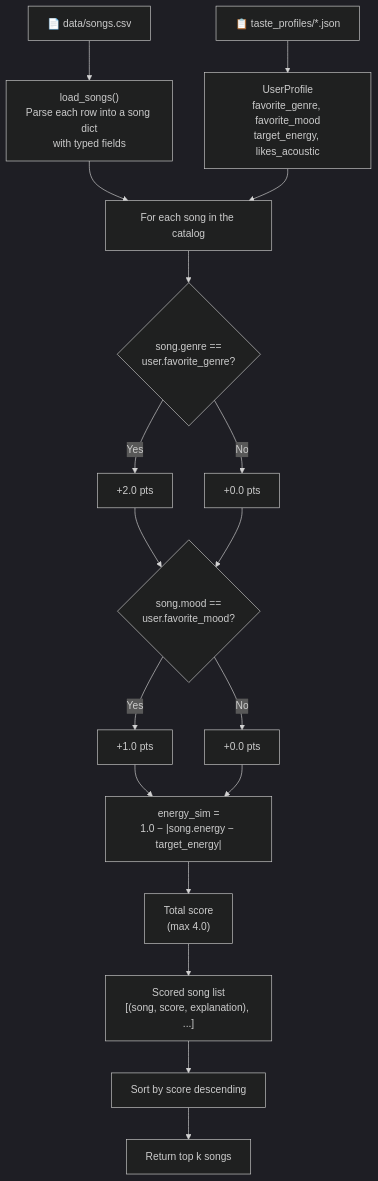
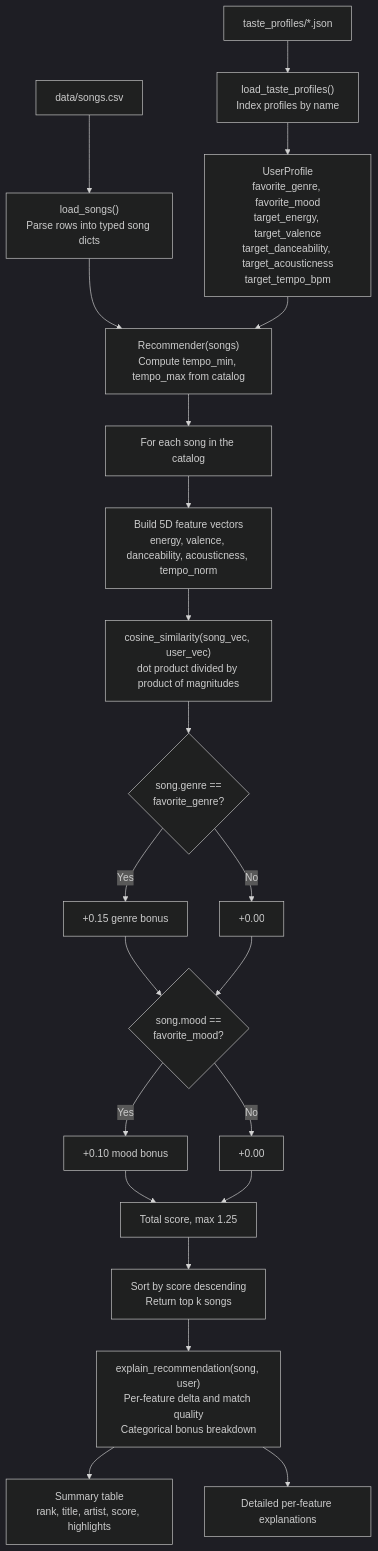
One commit to krishpatel2067/ai110-module3show-musicrecommendersimulation-starter changed the diagram in diagram.md. Above: the diagram before and after it, drawn with Mermaid (dark theme). The commit also changed 25 other files, not shown here.

Commit message:
Phase 4: Update diagram and tests; add images and add info to README.md and model_card.md

````diff
--- a/diagram.md
+++ b/diagram.md
@@ -1,45 +1,51 @@
 ```mermaid
 flowchart TD
-    CSV["📄 data/songs.csv"]
-    PROFILE["📋 taste_profiles/*.json"]
+    CSV["data/songs.csv"]
+    PROFILES["taste_profiles/*.json"]
 
-    LOAD["load_songs()\nParse each row into a song dict\nwith typed fields"]
-    USER["UserProfile\nfavorite_genre, favorite_mood\ntarget_energy, likes_acoustic"]
+    LOAD["load_songs()\nParse rows into typed song dicts"]
+    LOAD_PROFILES["load_taste_profiles()\nIndex profiles by name"]
+    USER["UserProfile\nfavorite_genre, favorite_mood\ntarget_energy, target_valence\ntarget_danceability, target_acousticness\ntarget_tempo_bpm"]
 
+    REC["Recommender(songs)\nCompute tempo_min, tempo_max from catalog"]
     LOOP["For each song in the catalog"]
+    VEC["Build 5D feature vectors\nenergy, valence, danceability, acousticness, tempo_norm"]
+    COSINE["cosine_similarity(song_vec, user_vec)\ndot product divided by product of magnitudes"]
 
-    GENRE{"song.genre ==\nuser.favorite_genre?"}
-    MOOD{"song.mood ==\nuser.favorite_mood?"}
-    ENERGY["energy_sim =\n1.0 − |song.energy − target_energy|"]
+    GENRE{"song.genre ==\nfavorite_genre?"}
+    MOOD{"song.mood ==\nfavorite_mood?"}
 
-    G_YES["+2.0 pts"]
-    G_NO["+0.0 pts"]
-    M_YES["+1.0 pts"]
-    M_NO["+0.0 pts"]
+    G_YES["+0.15 genre bonus"]
+    G_NO["+0.00"]
+    M_YES["+0.10 mood bonus"]
+    M_NO["+0.00"]
 
-    SUM["Total score\n(max 4.0)"]
-    SCORED["Scored song list\n[(song, score, explanation), ...]"]
-    SORT["Sort by score descending"]
-    TOPK["Return top k songs"]
+    SUM["Total score, max 1.25"]
+    SORT["Sort by score descending\nReturn top k songs"]
+    EXPLAIN["explain_recommendation(song, user)\nPer-feature delta and match quality\nCategorical bonus breakdown"]
+    TABLE["Summary table\nrank, title, artist, score, highlights"]
+    DETAIL["Detailed per-feature explanations"]
 
     CSV --> LOAD
-    PROFILE --> USER
-    LOAD --> LOOP
-    USER --> LOOP
+    PROFILES --> LOAD_PROFILES
+    LOAD_PROFILES --> USER
+    LOAD --> REC
+    USER --> REC
 
-    LOOP --> GENRE
+    REC --> LOOP
+    LOOP --> VEC
+    VEC --> COSINE
+    COSINE --> GENRE
     GENRE -- Yes --> G_YES
     GENRE -- No  --> G_NO
     G_YES --> MOOD
     G_NO  --> MOOD
-
     MOOD -- Yes --> M_YES
     MOOD -- No  --> M_NO
-    M_YES --> ENERGY
-    M_NO  --> ENERGY
-
-    ENERGY --> SUM
-    SUM --> SCORED
-    SCORED --> SORT
-    SORT --> TOPK
+    M_YES --> SUM
+    M_NO  --> SUM
+    SUM --> SORT
+    SORT --> EXPLAIN
+    EXPLAIN --> TABLE
+    EXPLAIN --> DETAIL
 ```
````
